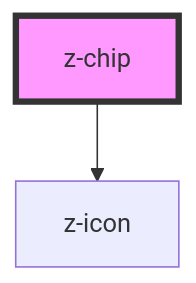
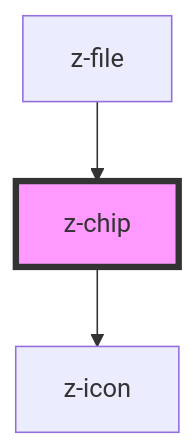
The diagram in src/components/buttons/z-chip/readme.md (ZanichelliEditore/design-system), drawn with Mermaid before and after one commit. The commit also changed other lines of this file and 10 other files, not shown here.

````diff
--- a/src/components/buttons/z-chip/readme.md
+++ b/src/components/buttons/z-chip/readme.md
@@ -32,5 +36,6 @@
 ```mermaid
 graph TD;
   z-chip --> z-icon
+  z-file --> z-chip
   style z-chip fill:#f9f,stroke:#333,stroke-width:4px
 ```
````
